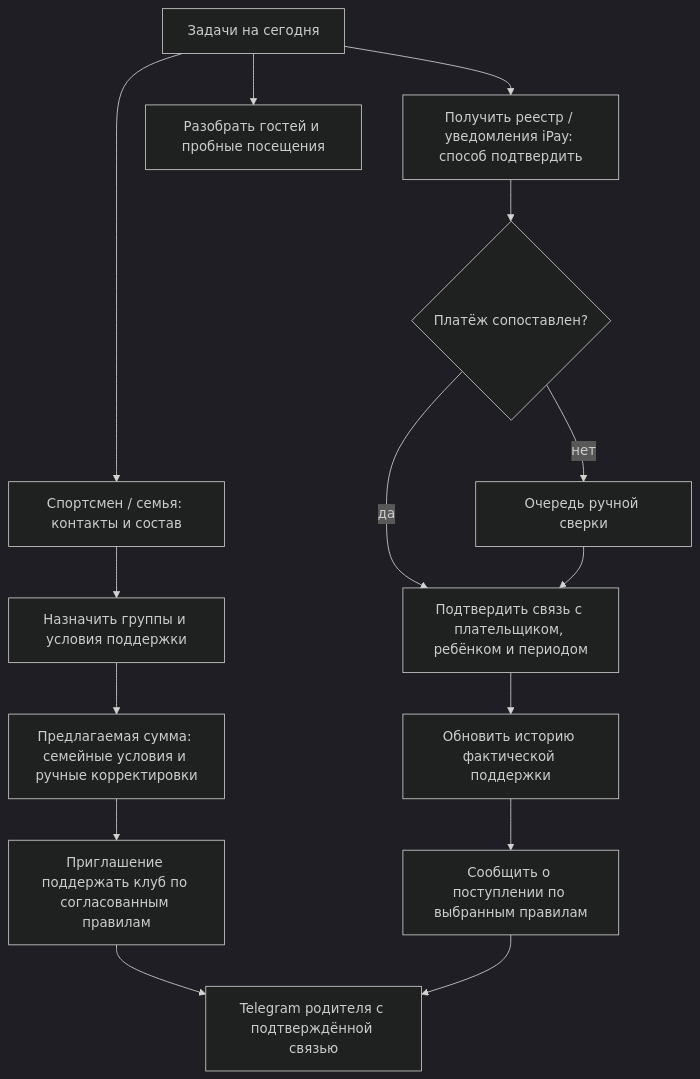
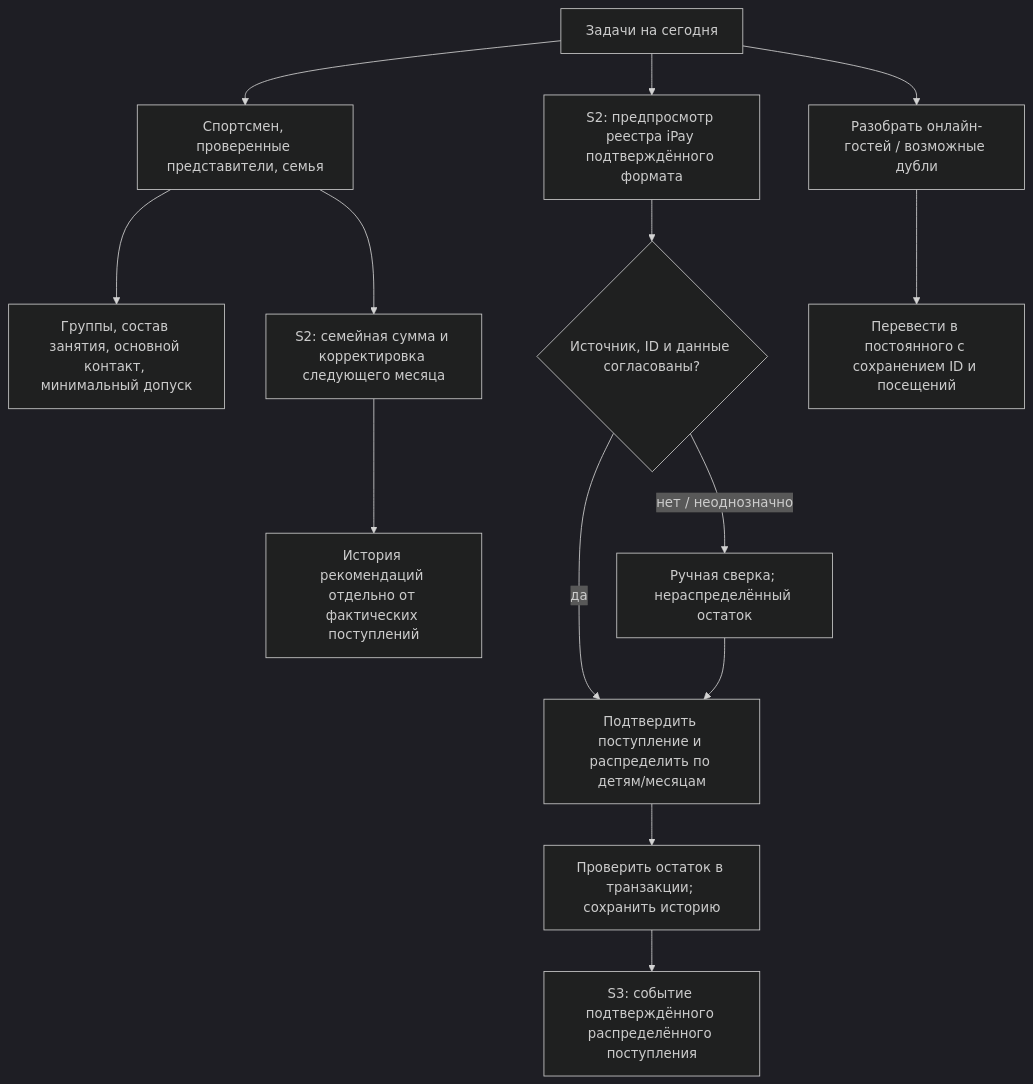
The third of 10 diagrams in planning/APP-FLOWS.md (StarMadeGalaxy/JudeOS), drawn with Mermaid (dark theme) before and after one commit. The commit also changed other lines of this file and 20 other files, not shown here.

Commit message:
docs: align MVP plan and architecture after critical review

````diff
--- a/planning/APP-FLOWS.md
+++ b/planning/APP-FLOWS.md
@@ -37,17 +45,16 @@
 ```mermaid
 flowchart TB
-    Home["Задачи на сегодня"] --> Member["Спортсмен / семья: контакты и состав"]
-    Member --> Enroll["Назначить группы и условия поддержки"]
-    Enroll --> Recommend["Предлагаемая сумма: семейные условия и ручные корректировки"]
-    Recommend --> Invite["Приглашение поддержать клуб по согласованным правилам"]
-    Invite --> Telegram["Telegram родителя с подтверждённой связью"]
-    Home --> Import["Получить реестр / уведомления iPay: способ подтвердить"]
-    Import --> Match{"Платёж сопоставлен?"}
-    Match -->|"да"| Allocate["Подтвердить связь с плательщиком, ребёнком и периодом"]
-    Match -->|"нет"| Queue["Очередь ручной сверки"]
+    Home["Задачи на сегодня"] --> Member["Спортсмен, проверенные представители, семья"]
+    Member --> Enroll["Группы, состав занятия, основной контакт, минимальный допуск"]
+    Member --> Recommend["S2: семейная сумма и корректировка следующего месяца"]
+    Recommend --> History["История рекомендаций отдельно от фактических поступлений"]
+    Home --> Import["S2: предпросмотр реестра iPay подтверждённого формата"]
+    Import --> Check{"Источник, ID и данные согласованы?"}
+    Check -->|"нет / неоднозначно"| Queue["Ручная сверка; нераспределённый остаток"]
+    Check -->|"да"| Allocate["Подтвердить поступление и распределить по детям/месяцам"]
     Queue --> Allocate
-    Allocate --> History["Обновить историю фактической поддержки"]
-    History --> Notify["Сообщить о поступлении по выбранным правилам"]
-    Notify --> Telegram
-    Home --> Guest["Разобрать гостей и пробные посещения"]
+    Allocate --> Balance["Проверить остаток в транзакции; сохранить историю"]
+    Balance --> ReceiptEvent["S3: событие подтверждённого распределённого поступления"]
+    Home --> Guest["Разобрать онлайн-гостей / возможные дубли"]
+    Guest --> KeepID["Перевести в постоянного с сохранением ID и посещений"]
 ```
````
